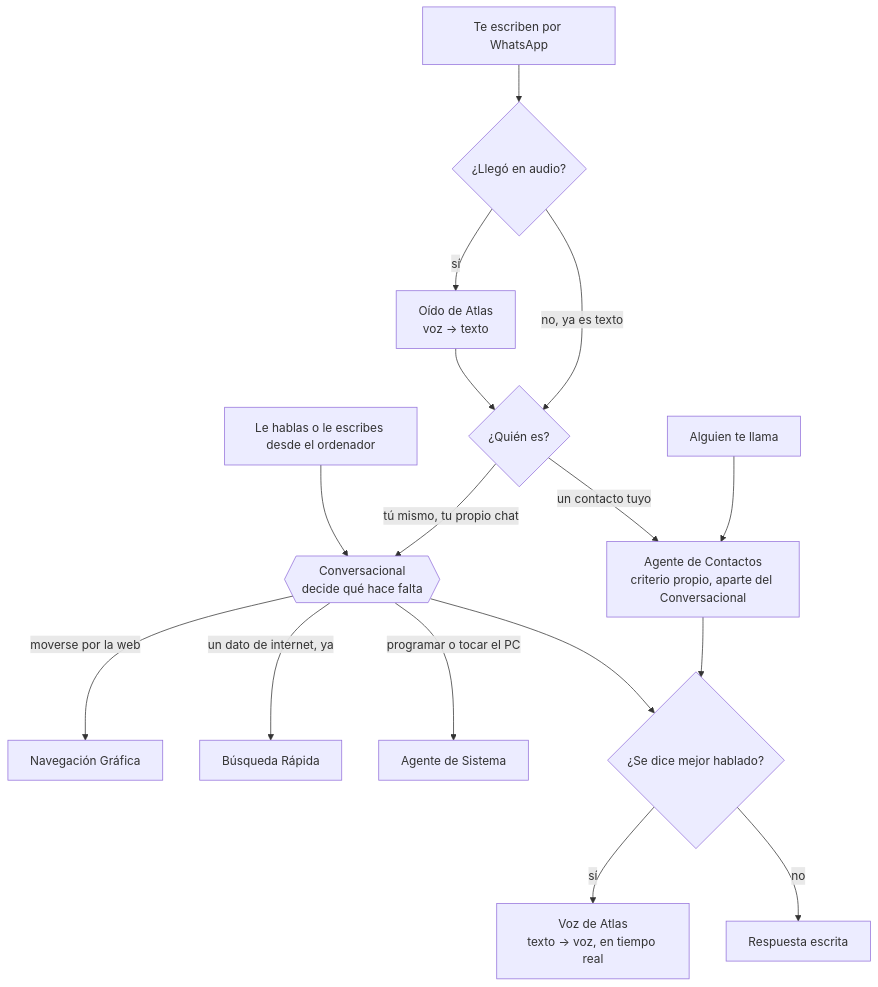
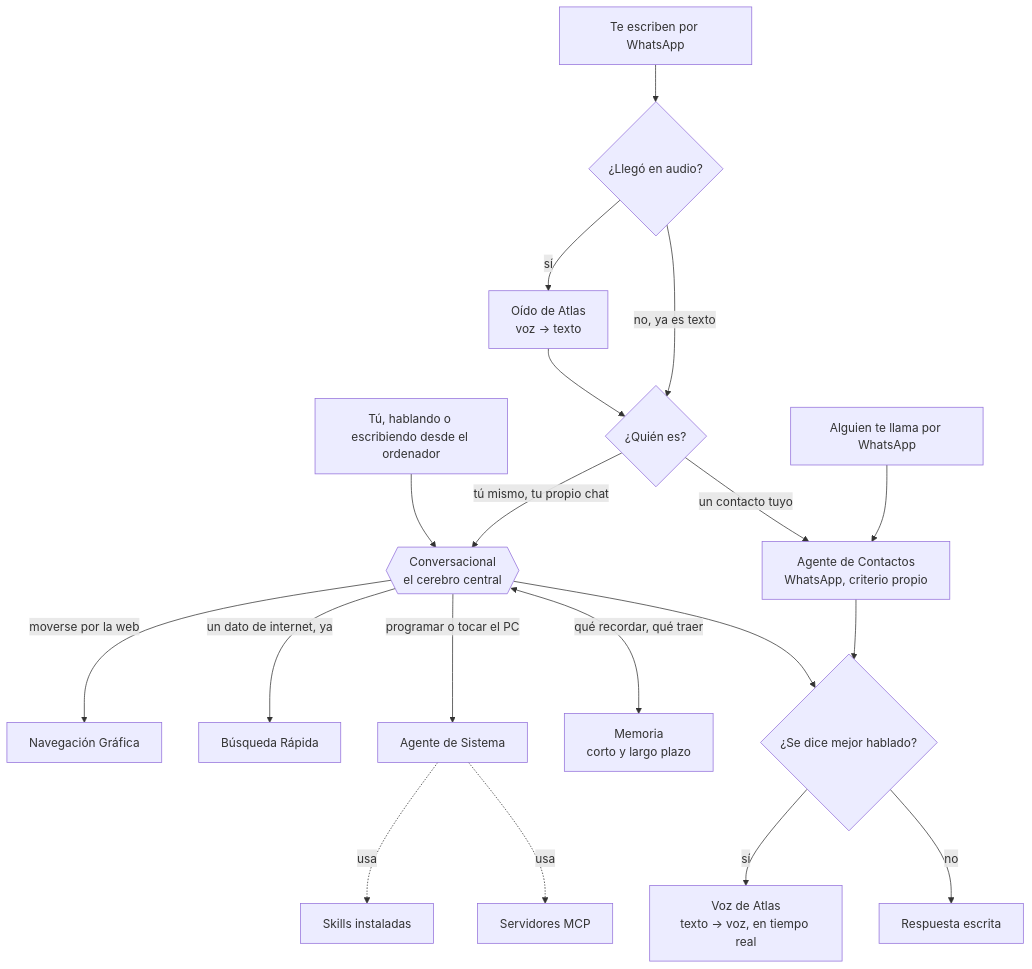
The diagram in README.md (sharith45/atlas-Assistant), drawn with Mermaid before and after one commit. The commit also changed other lines of this file, not shown here.

Commit message:
Amplia el diagrama a todo el sistema, no solo WhatsApp
Ahora muestra tambien la Memoria (corto y largo plazo), y que el
Agente de Sistema usa las Skills instaladas y los servidores MCP.

````diff
--- a/README.md
+++ b/README.md
@@ -169,23 +169,25 @@
 ```mermaid
 flowchart TD
-    E1["Le hablas o le escribes desde el ordenador"] --> CONV
+    U1["Tú, hablando o escribiendo desde el ordenador"] --> CONV
+    U2["Te escriben por WhatsApp"] --> W2{"¿Llegó en audio?"}
+    W2 -->|"sí"| OIDO["Oído de Atlas<br/>voz → texto"]
+    W2 -->|"no, ya es texto"| W3
+    OIDO --> W3{"¿Quién es?"}
+    LLAM["Alguien te llama por WhatsApp"] --> WAAG
+    W3 -->|"tú mismo, tu propio chat"| CONV
+    W3 -->|"un contacto tuyo"| WAAG["Agente de Contactos<br/>WhatsApp, criterio propio"]
 
-    CONV{{"Conversacional<br/>decide qué hace falta"}}
+    CONV{{"Conversacional<br/>el cerebro central"}}
     CONV -->|"moverse por la web"| NAV["Navegación Gráfica"]
     CONV -->|"un dato de internet, ya"| BUS["Búsqueda Rápida"]
     CONV -->|"programar o tocar el PC"| SIS["Agente de Sistema"]
+    CONV <-->|"qué recordar, qué traer"| MEM["Memoria<br/>corto y largo plazo"]
 
-    W1["Te escriben por WhatsApp"] --> W2{"¿Llegó en audio?"}
-    W2 -->|"sí"| OIDO["Oído de Atlas<br/>voz → texto"]
-    W2 -->|"no, ya es texto"| W3
-    OIDO --> W3{"¿Quién es?"}
-    LLAM["Alguien te llama"] --> WAAG
-
-    W3 -->|"tú mismo, tu propio chat"| CONV
-    W3 -->|"un contacto tuyo"| WAAG["Agente de Contactos<br/>criterio propio, aparte del Conversacional"]
+    SIS -.->|"usa"| SKI["Skills instaladas"]
+    SIS -.->|"usa"| MCP["Servidores MCP"]
 
     CONV --> SALIDA{"¿Se dice mejor hablado?"}
     WAAG --> SALIDA
     SALIDA -->|"sí"| VOZ["Voz de Atlas<br/>texto → voz, en tiempo real"]
     SALIDA -->|"no"| TXT["Respuesta escrita"]
 ```
````
